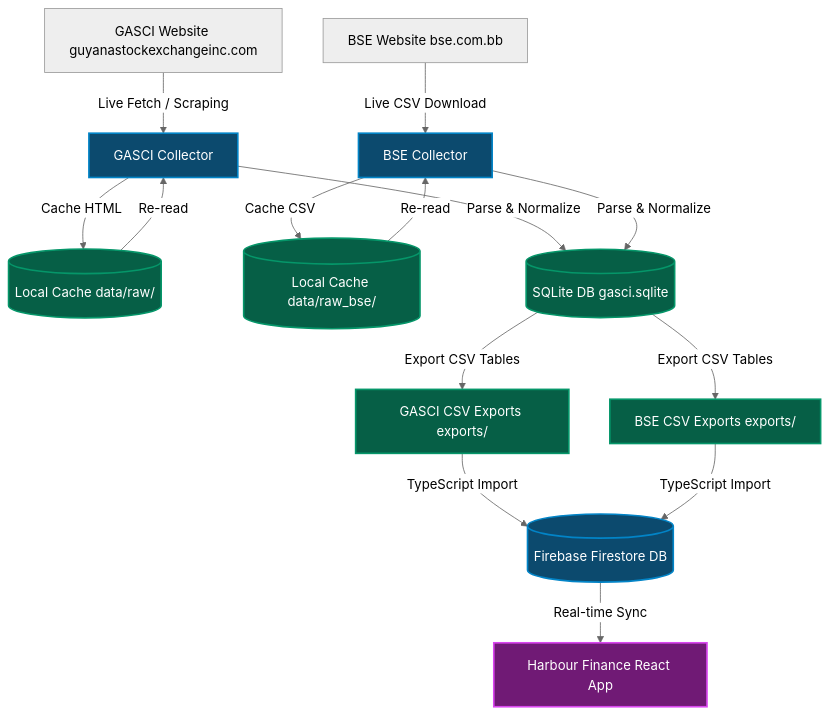
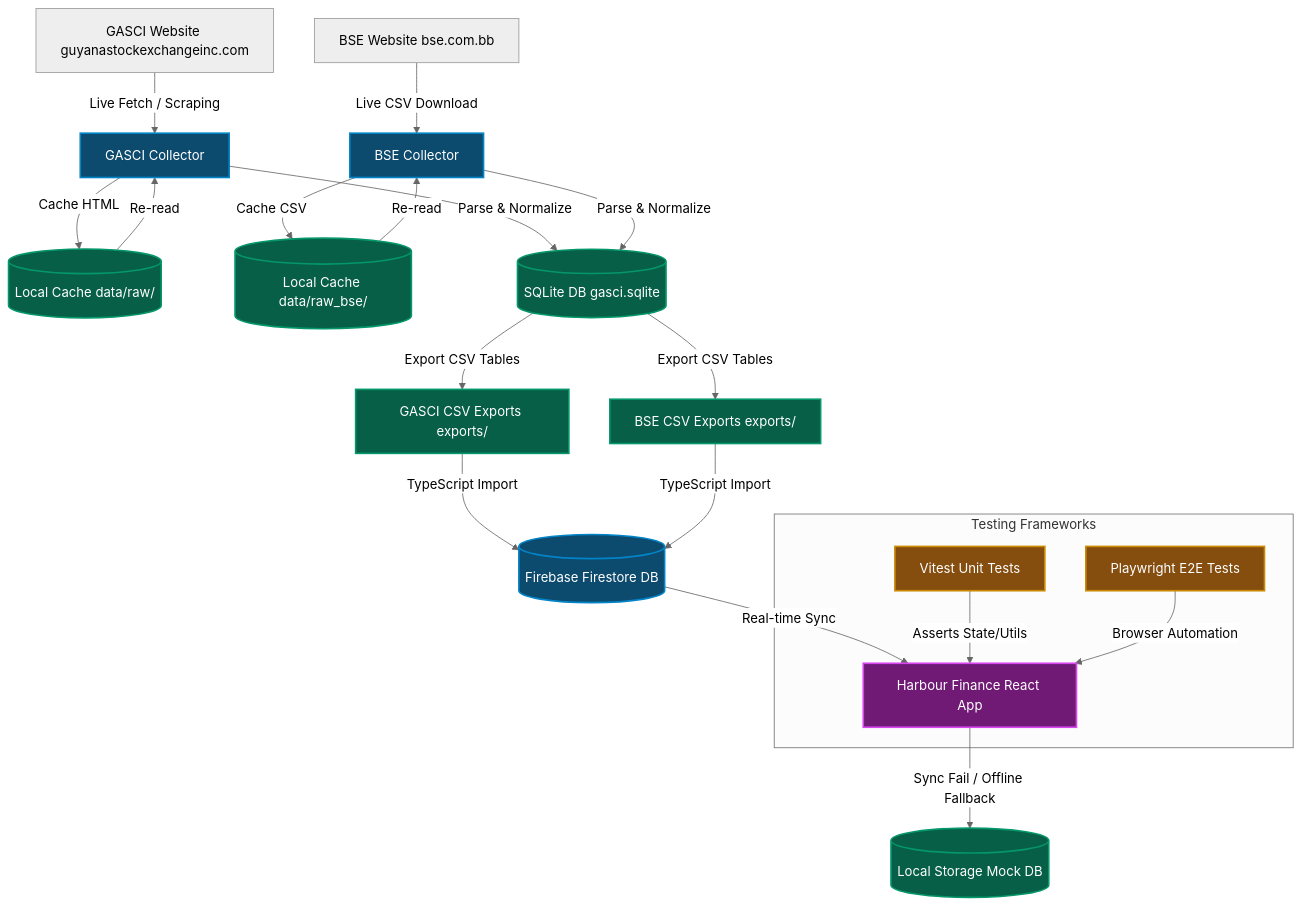
Before and after one commit to akintayo57/equity-ledger: the diagram in README.md, drawn with Mermaid (neutral theme). The commit also changed other lines of this file and 1 other file, not shown here.

Commit message:
Update system architecture documentation and README with offline storage fallback and Playwright E2E suite details

````diff
--- a/README.md
+++ b/README.md
@@ -15,30 +15,38 @@
 ```mermaid
 graph TD
     classDef main fill:#0c4a6e,stroke:#0284c7,stroke-width:2px,color:#fff;
     classDef data fill:#065f46,stroke:#059669,stroke-width:2px,color:#fff;
     classDef client fill:#701a75,stroke:#d946ef,stroke-width:2px,color:#fff;
+    classDef testing fill:#854d0e,stroke:#ca8a04,stroke-width:2px,color:#fff;
     
     A1[GASCI Website guyanastockexchangeinc.com] -->|Live Fetch / Scraping| B1[GASCI Collector]
     A2[BSE Website bse.com.bb] -->|Live CSV Download| B2[BSE Collector]
     
     B1 -->|Cache HTML| C1[(Local Cache data/raw/)]
     B2 -->|Cache CSV| C2[(Local Cache data/raw_bse/)]
     
     C1 -->|Re-read| B1
     C2 -->|Re-read| B2
     
     B1 -->|Parse & Normalize| D[(SQLite DB gasci.sqlite)]
     B2 -->|Parse & Normalize| D
     
     D -->|Export CSV Tables| E1[GASCI CSV Exports exports/]
     D -->|Export CSV Tables| E2[BSE CSV Exports exports/]
     
     E1 -->|TypeScript Import| F[(Firebase Firestore DB)]
     E2 -->|TypeScript Import| F
     
     F -->|Real-time Sync| G[Harbour Finance React App]
+    G -->|Sync Fail / Offline Fallback| H[(Local Storage Mock DB)]
+    
+    subgraph Testing Frameworks
+        I[Vitest Unit Tests] -->|Asserts State/Utils| G
+        J[Playwright E2E Tests] -->|Browser Automation| G
+    end
 
     class B1,B2,F main;
-    class C1,C2,D,E1,E2 data;
+    class C1,C2,D,E1,E2,H data;
     class G client;
+    class I,J testing;
 ```
````
